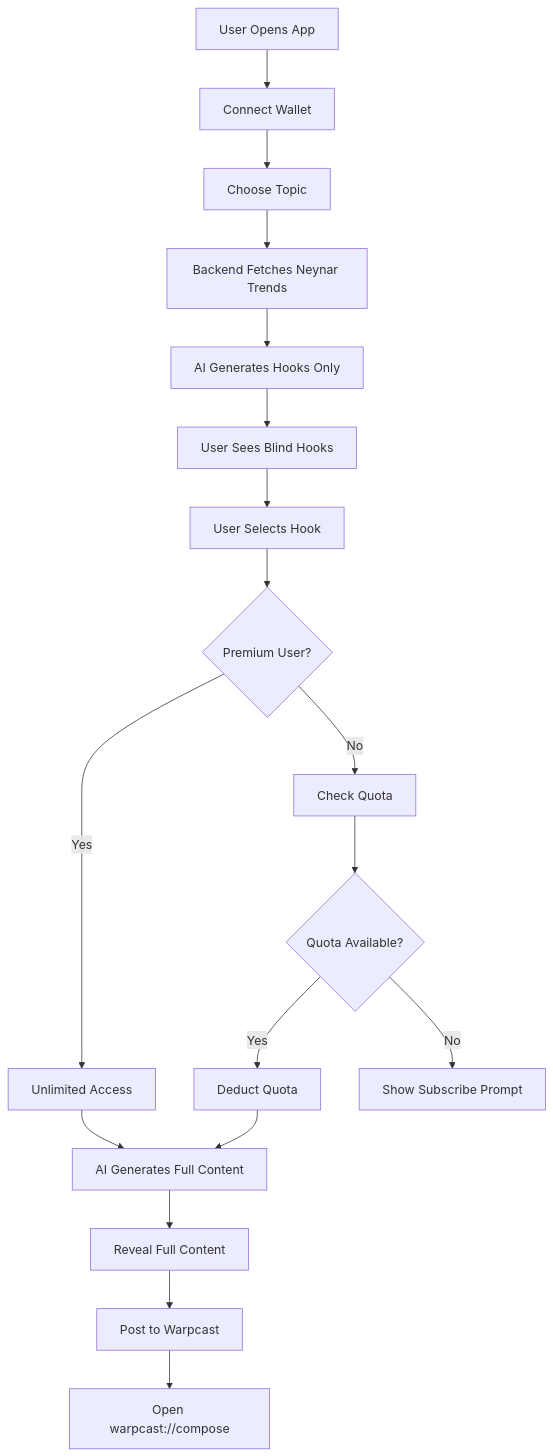
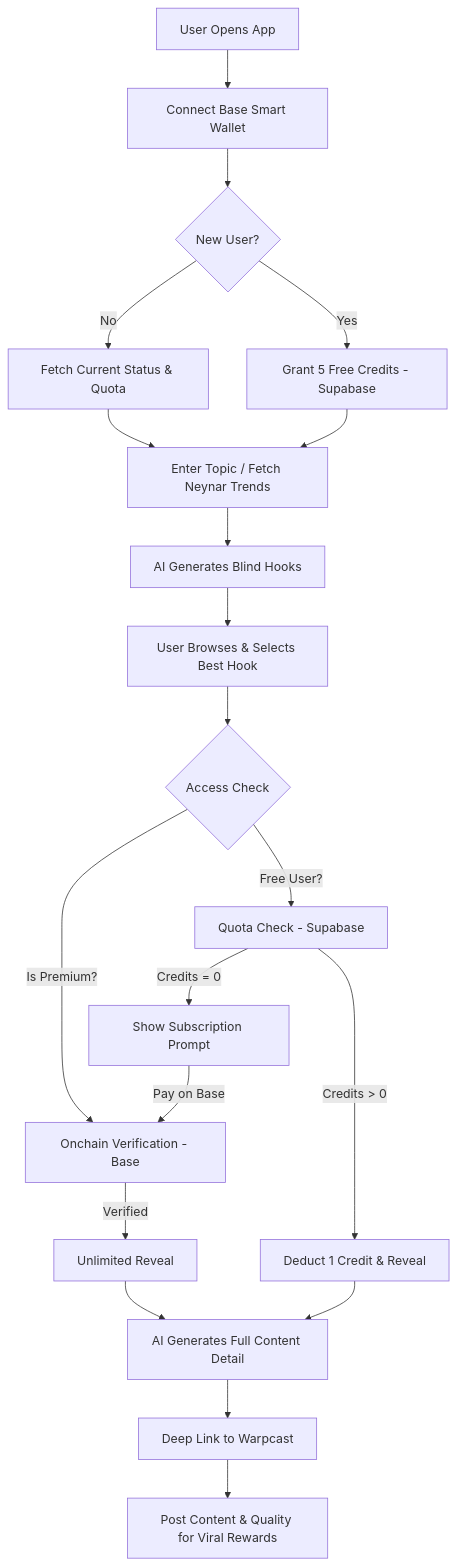
One commit to pauline-tnd/hackathon-hooklabai changed the second of 2 diagrams in README.md. Above: the diagram before and after it, drawn with Mermaid. The commit also changed other lines of this file, not shown here.

````diff
--- a/README.md
+++ b/README.md
@@ -197,20 +225,27 @@
 ```mermaid
 graph TD
-    A[User Opens App] --> B[Connect Wallet]
-    B --> C[Choose Topic]
-    C --> D[Backend Fetches Neynar Trends]
-    D --> E[AI Generates Hooks Only]
-    E --> F[User Sees Blind Hooks]
-    F --> G[User Selects Hook]
-    G --> H{Premium User?}
-    H -->|Yes| I[Unlimited Access]
-    H -->|No| J[Check Quota]
-    J --> K{Quota Available?}
-    K -->|Yes| L[Deduct Quota]
-    K -->|No| M[Show Subscribe Prompt]
-    L --> N[AI Generates Full Content]
-    I --> N
-    N --> O[Reveal Full Content]
-    O --> P[Post to Warpcast]
-    P --> Q[Open warpcast://compose]
+    A[User Opens App] --> B[Connect Base Smart Wallet]
+    B --> C{New User?}
+    C -->|Yes| D[Grant 5 Free Credits - Supabase]
+    C -->|No| E[Fetch Current Status & Quota]
+    
+    E --> F[Enter Topic / Fetch Neynar Trends]
+    D --> F
+    F --> G[AI Generates Blind Hooks]
+    G --> H[User Browses & Selects Best Hook]
+    
+    H --> I{Access Check}
+    I -->|Is Premium?| J[Onchain Verification - Base]
+    I -->|Free User?| K[Quota Check - Supabase]
+    
+    J -->|Verified| L[Unlimited Reveal]
+    K -->|Credits > 0| M[Deduct 1 Credit & Reveal]
+    K -->|Credits = 0| N[Show Subscription Prompt]
+    
+    N -->|Pay on Base| J
+    L --> O[AI Generates Full Content Detail]
+    M --> O
+    
+    O --> P[Deep Link to Warpcast]
+    P --> Q[Post Content & Quality for Viral Rewards]
 ```
````
